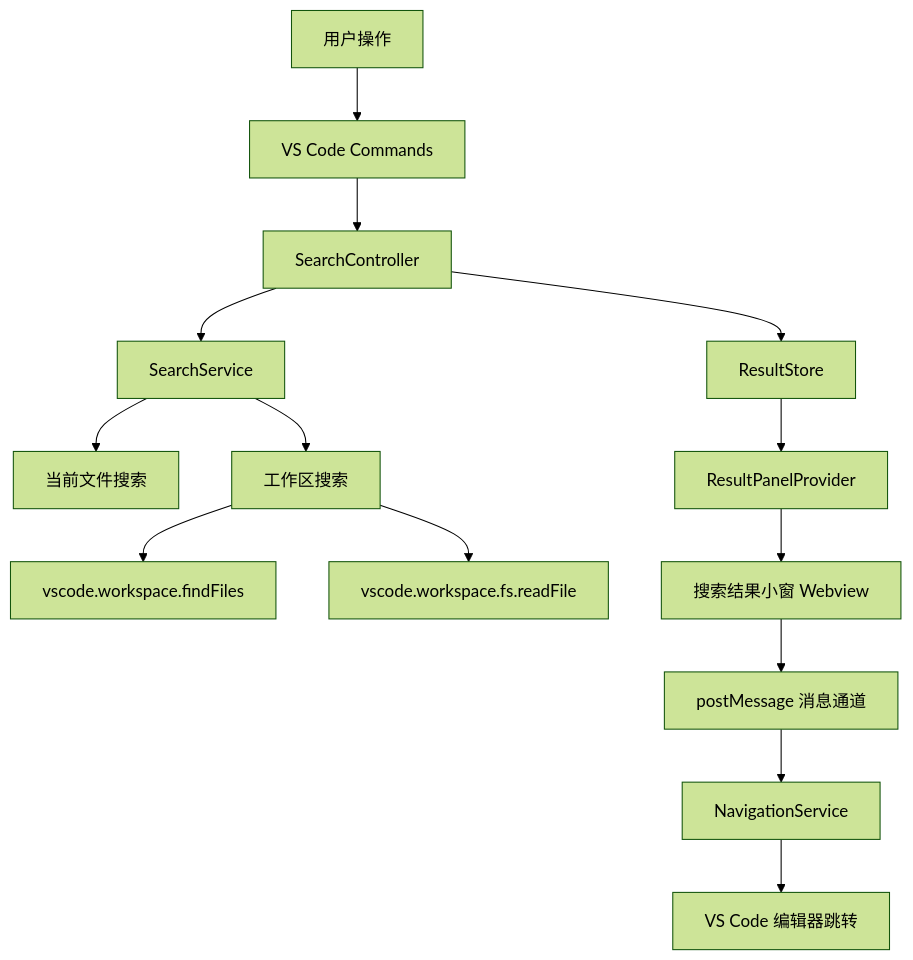
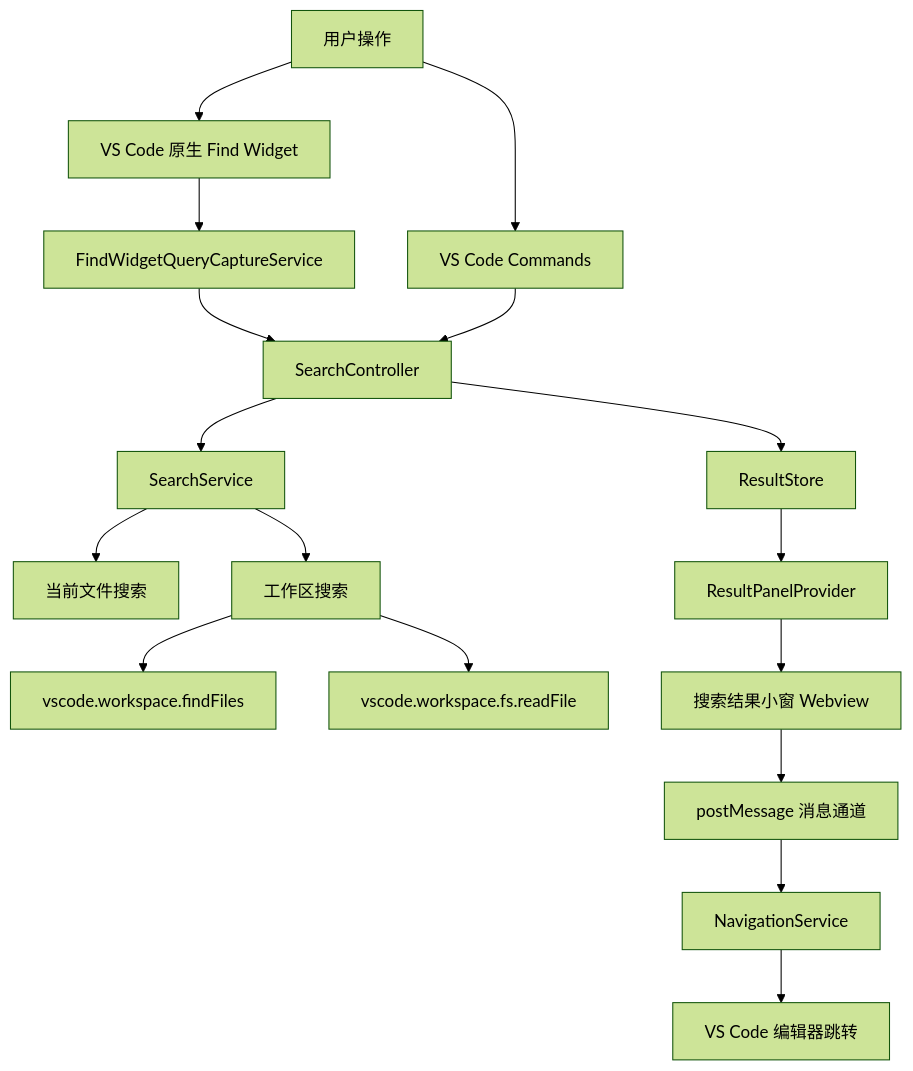
Before and after one commit to aleo-public-tools/search-result-miniPanel: the diagram in docs/vscode-notepadpp-search-panel-design.md, drawn with Mermaid (forest theme). The commit also changed other lines of this file and 5 other files, not shown here.

````diff
--- a/docs/vscode-notepadpp-search-panel-design.md
+++ b/docs/vscode-notepadpp-search-panel-design.md
@@ -133,16 +147,19 @@
 ```mermaid
 flowchart TD
     User["用户操作"] --> Commands["VS Code Commands"]
+    User --> FindWidget["VS Code 原生 Find Widget"]
+    FindWidget --> FindWidgetBridge["FindWidgetQueryCaptureService"]
+    FindWidgetBridge --> SearchController
     Commands --> SearchController["SearchController"]
     SearchController --> SearchService["SearchService"]
     SearchController --> ResultStore["ResultStore"]
     SearchService --> CurrentFileEngine["当前文件搜索"]
     SearchService --> WorkspaceEngine["工作区搜索"]
     WorkspaceEngine --> VSCodeFindFiles["vscode.workspace.findFiles"]
     WorkspaceEngine --> FileReader["vscode.workspace.fs.readFile"]
     ResultStore --> WebviewProvider["ResultPanelProvider"]
     WebviewProvider --> Webview["搜索结果小窗 Webview"]
     Webview --> MessageBridge["postMessage 消息通道"]
     MessageBridge --> NavigationService["NavigationService"]
     NavigationService --> Editor["VS Code 编辑器跳转"]
 ```
````
